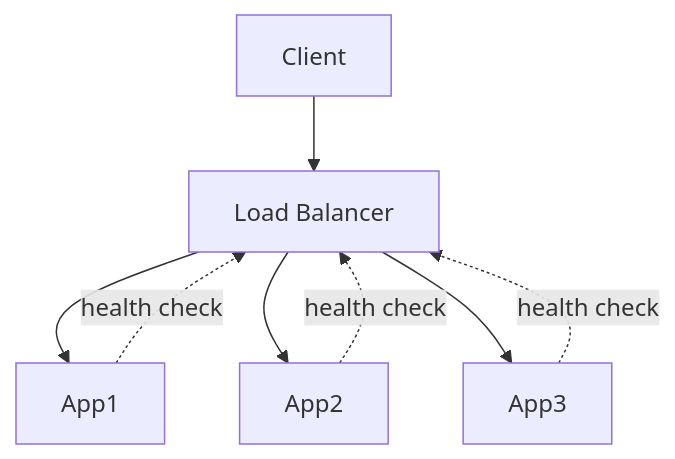
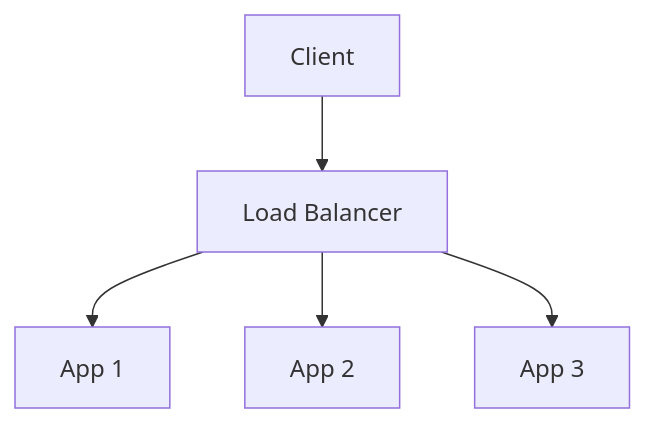
One commit to hareramcse/SystemDesign changed diagram 16 of 17 in 01-networking/README.md. Above: the diagram before and after it, drawn with Mermaid. The commit also changed other lines of this file, not shown here.

````diff
--- a/01-networking/README.md
+++ b/01-networking/README.md
@@ -5287,10 +5140,7 @@
 ```mermaid
 flowchart TB
     C[Client] --> LB[Load Balancer]
-    LB --> A1[App1]
-    LB --> A2[App2]
-    LB --> A3[App3]
-    A1 -.->|health check| LB
-    A2 -.->|health check| LB
-    A3 -.->|health check| LB
+    LB --> A1[App 1]
+    LB --> A2[App 2]
+    LB --> A3[App 3]
 ```
````
